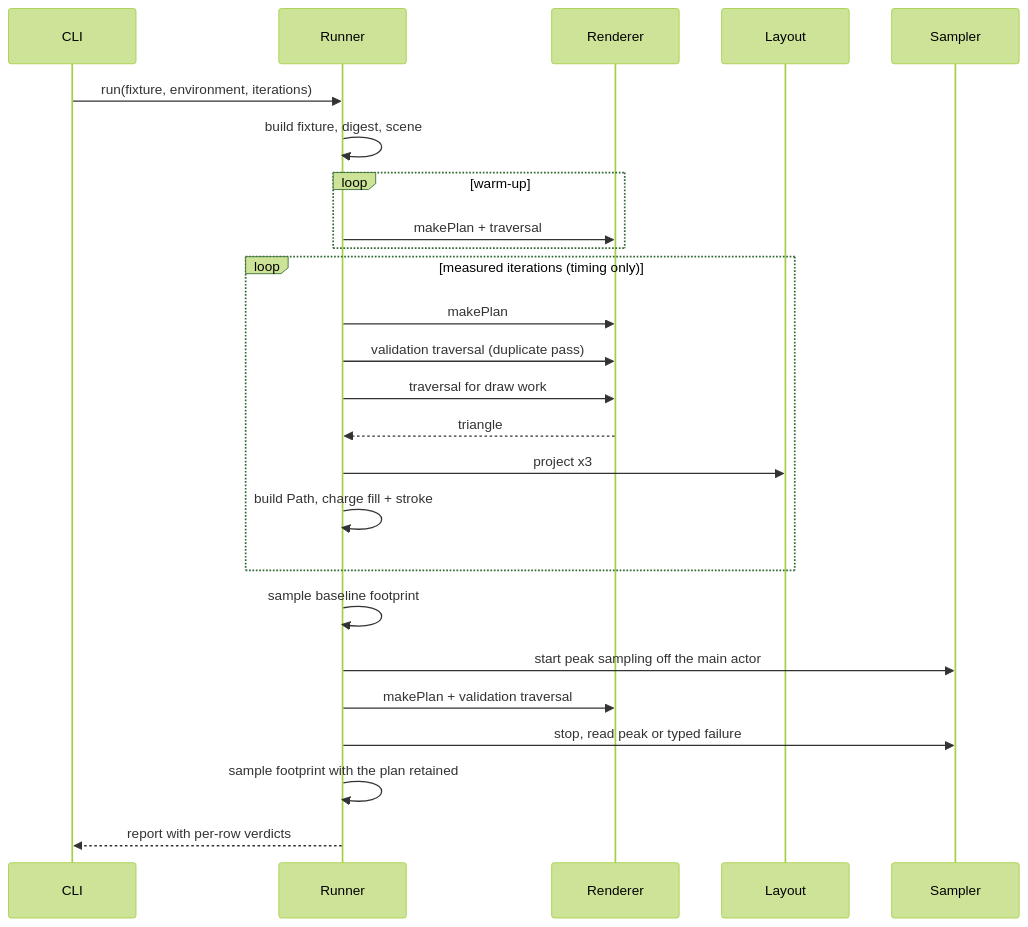
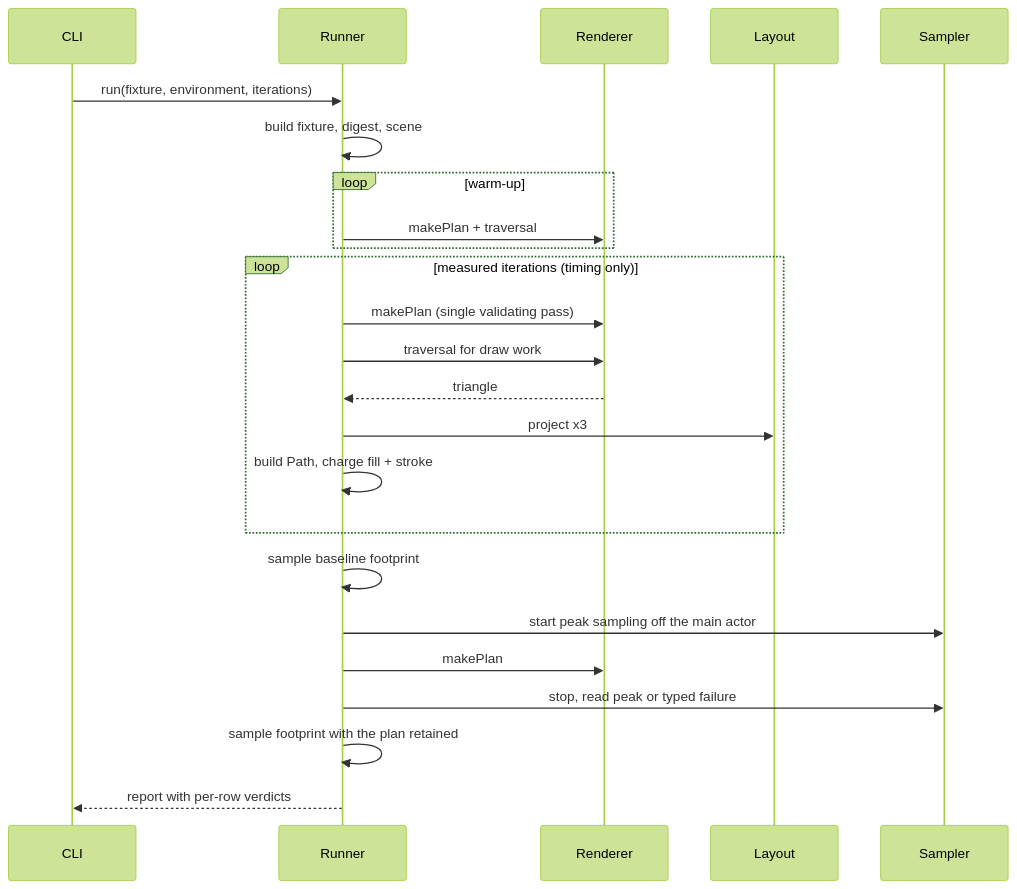
The second of 2 diagrams in RupaKit/Sources/RupaResponsivenessBaseline/DESIGN.md (1amageek/Rupa), drawn with Mermaid (forest theme) before and after one commit. The commit also changed other lines of this file and 13 other files, not shown here.

````diff
--- a/RupaKit/Sources/RupaResponsivenessBaseline/DESIGN.md
+++ b/RupaKit/Sources/RupaResponsivenessBaseline/DESIGN.md
@@ -114,28 +116,27 @@
 ```mermaid
 sequenceDiagram
     participant CLI
     participant Runner
     participant Renderer
     participant Layout
     participant Sampler
 
     CLI->>Runner: run(fixture, environment, iterations)
     Runner->>Runner: build fixture, digest, scene
     loop warm-up
         Runner->>Renderer: makePlan + traversal
     end
     loop measured iterations (timing only)
-        Runner->>Renderer: makePlan
-        Runner->>Renderer: validation traversal (duplicate pass)
+        Runner->>Renderer: makePlan (single validating pass)
         Runner->>Renderer: traversal for draw work
         Renderer-->>Runner: triangle
         Runner->>Layout: project x3
         Runner->>Runner: build Path, charge fill + stroke
     end
     Runner->>Runner: sample baseline footprint
     Runner->>Sampler: start peak sampling off the main actor
-    Runner->>Renderer: makePlan + validation traversal
+    Runner->>Renderer: makePlan
     Runner->>Sampler: stop, read peak or typed failure
     Runner->>Runner: sample footprint with the plan retained
     Runner-->>CLI: report with per-row verdicts
 ```
````
